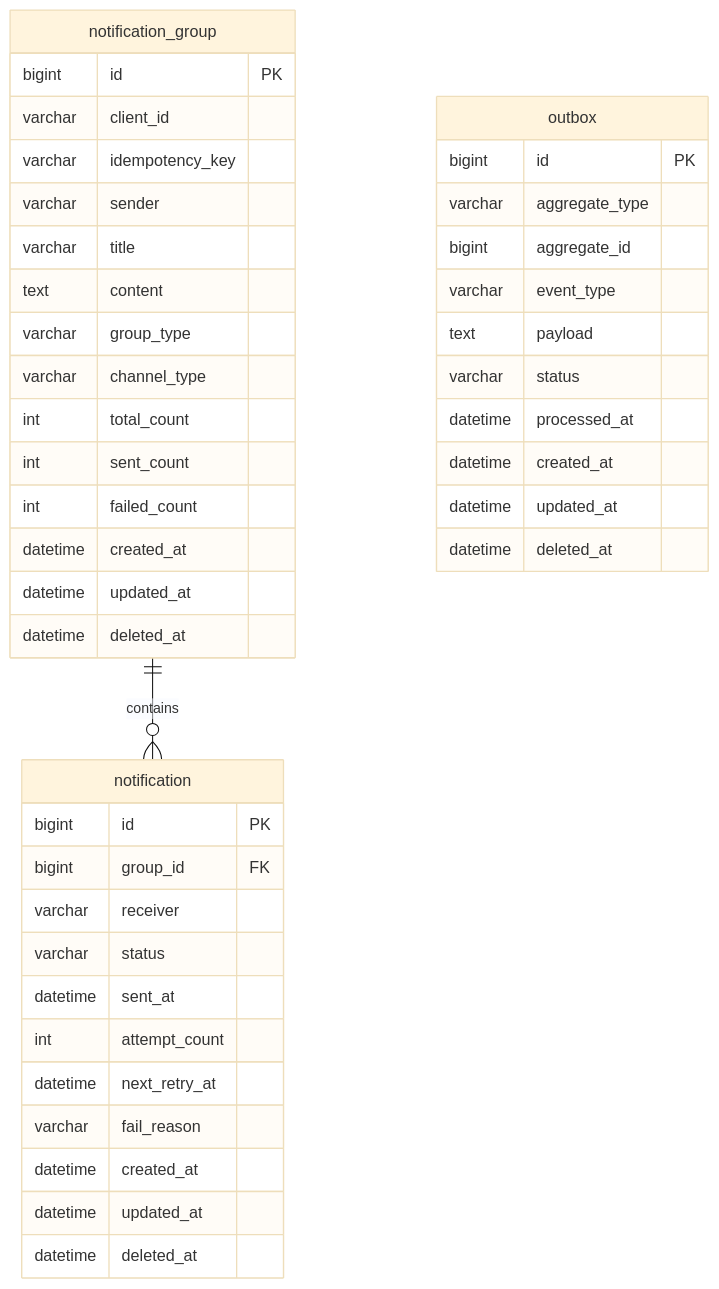
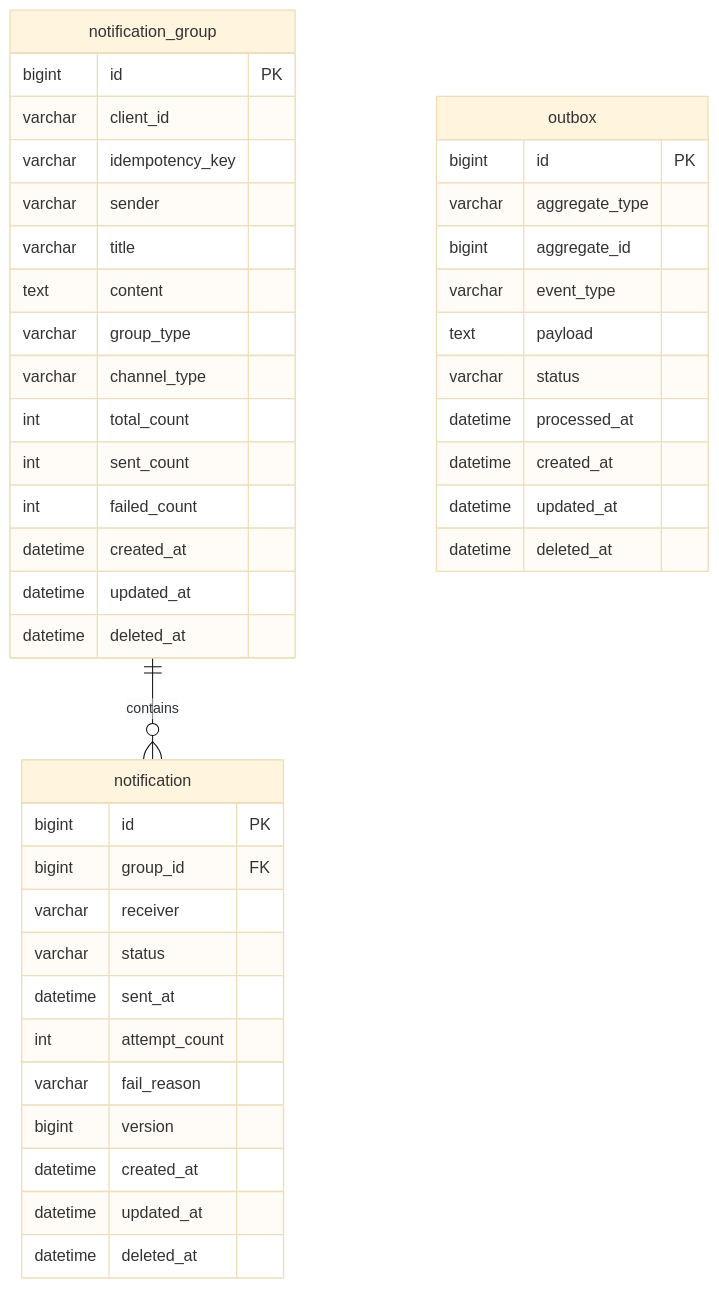
The diagram in docs/04-erd.md (yht0827/notification-dispatcher), drawn with Mermaid (base theme) before and after one commit. The commit also changed other lines of this file and 2 other files, not shown here.

Commit message:
chore: ERD 및 다이어그램에 낙관적 락 `version` 필드 추가, 클래스 명칭 변경 및 문서 업데이트

````diff
--- a/docs/04-erd.md
+++ b/docs/04-erd.md
@@ -21,48 +21,48 @@
 ```mermaid
 erDiagram
     notification_group ||--o{ notification : contains
 
     notification_group {
       bigint id PK
       varchar client_id
       varchar idempotency_key
       varchar sender
       varchar title
       text content
       varchar group_type
       varchar channel_type
       int total_count
       int sent_count
       int failed_count
       datetime created_at
       datetime updated_at
       datetime deleted_at
     }
 
     notification {
       bigint id PK
       bigint group_id FK
       varchar receiver
       varchar status
       datetime sent_at
       int attempt_count
-      datetime next_retry_at
       varchar fail_reason
+      bigint version
       datetime created_at
       datetime updated_at
       datetime deleted_at
     }
 
     outbox {
       bigint id PK
       varchar aggregate_type
       bigint aggregate_id
       varchar event_type
       text payload
       varchar status
       datetime processed_at
       datetime created_at
       datetime updated_at
       datetime deleted_at
     }
 ```
````
